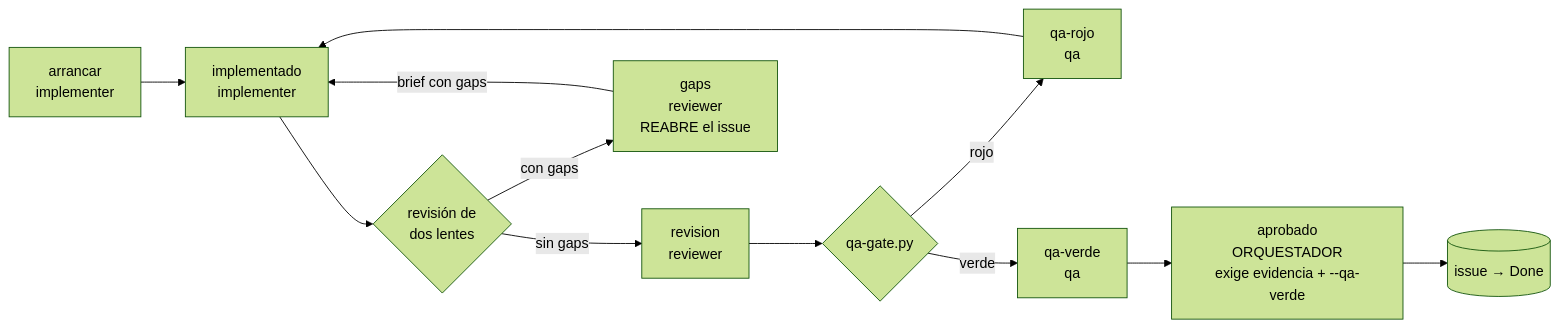
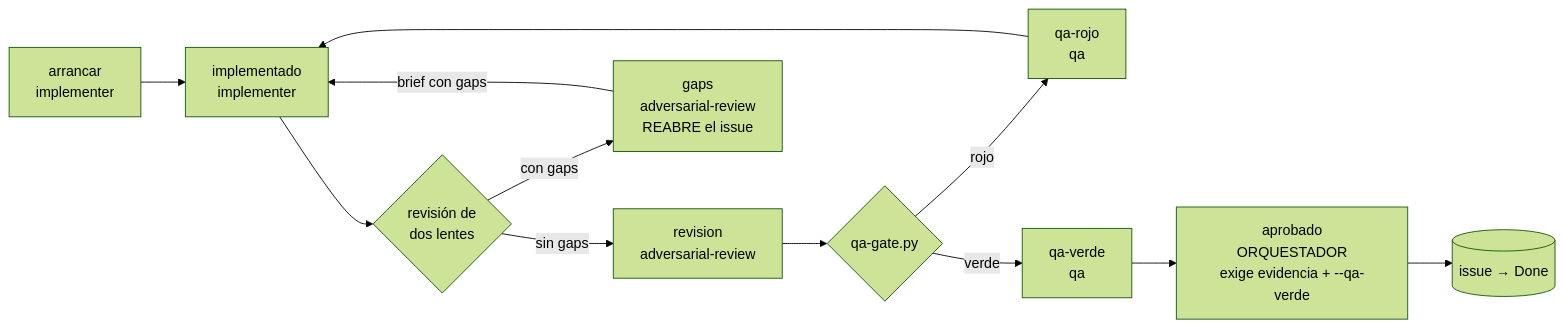
Before and after one commit to daycry/custom-agents: the seventh of 13 diagrams in docs/FLOWS.md, drawn with Mermaid (forest theme). The commit also changed other lines of this file and 8 other files, not shown here.

First line of the commit message:
T-01-fix1: adversarial-review como dueno unico del evento revision/gaps, doc

````diff
--- a/docs/FLOWS.md
+++ b/docs/FLOWS.md
@@ -181,14 +181,14 @@
 ```mermaid
 flowchart LR
     A["arrancar<br/>implementer"] --> B["implementado<br/>implementer"]
     B --> C{"revisión de<br/>dos lentes"}
-    C -->|sin gaps| D["revision<br/>reviewer"]
-    C -->|con gaps| E["gaps<br/>reviewer<br/>REABRE el issue"]
+    C -->|sin gaps| D["revision<br/>adversarial-review"]
+    C -->|con gaps| E["gaps<br/>adversarial-review<br/>REABRE el issue"]
     E -->|brief con gaps| B
     D --> F{"qa-gate.py"}
     F -->|rojo| G["qa-rojo<br/>qa"]
     G --> B
     F -->|verde| H["qa-verde<br/>qa"]
     H --> I["aprobado<br/>ORQUESTADOR<br/>exige evidencia + --qa-verde"]
     I --> J[("issue → Done")]
 ```
````
